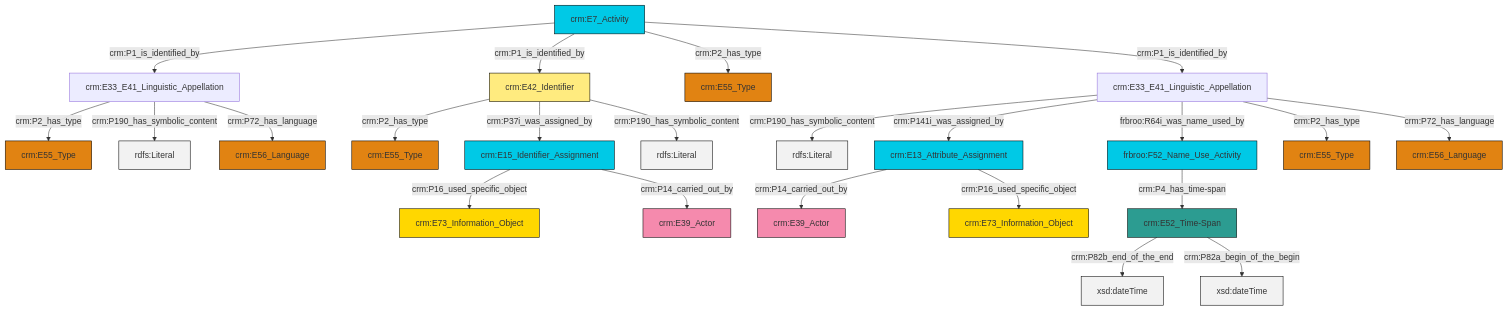
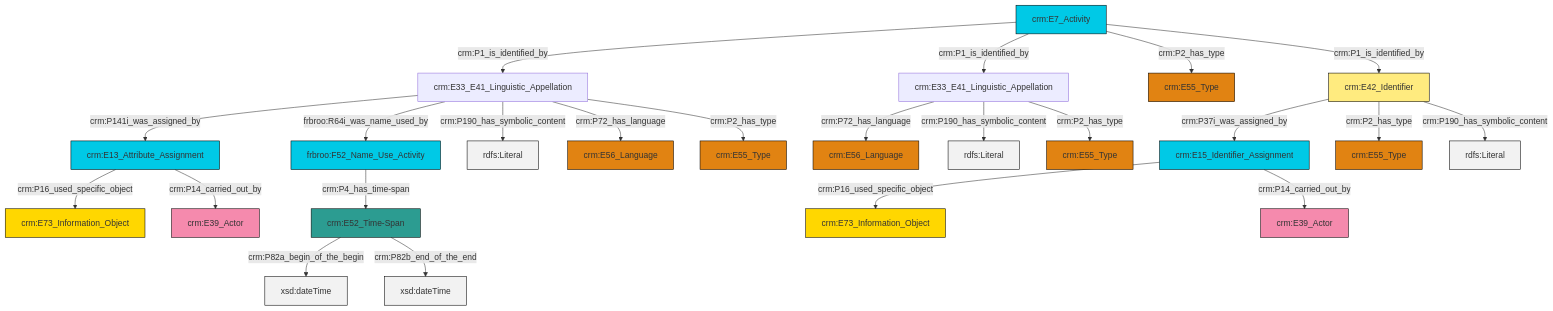
Before and after one commit to swiss-art-research-net/reference-data-models: the diagram in et/eventCSV/ttl/mmd/event_name.ttl.mmd, drawn with Mermaid. The commit also changed 130 other files, not shown here.

```diff
--- a/et/eventCSV/ttl/mmd/event_name.ttl.mmd
+++ b/et/eventCSV/ttl/mmd/event_name.ttl.mmd
@@ -1,37 +1,37 @@
 graph TD
 classDef Literal fill:#f2f2f2,stroke:#000000;
 classDef CRM_Entity fill:#FFFFFF,stroke:#000000;
 classDef Temporal_Entity fill:#00C9E6, stroke:#000000;
 classDef Type fill:#E18312, stroke:#000000;
 classDef Time-Span fill:#2C9C91, stroke:#000000;
 classDef Appellation fill:#FFEB7F, stroke:#000000;
 classDef Place fill:#008836, stroke:#000000;
 classDef Persistent_Item fill:#B266B2, stroke:#000000;
 classDef Conceptual_Object fill:#FFD700, stroke:#000000;
 classDef Physical_Thing fill:#D2B48C, stroke:#000000;
 classDef Actor fill:#f58aad, stroke:#000000;
 classDef PC_Classes fill:#4ce600, stroke:#000000;
 classDef Multi fill:#cccccc,stroke:#000000;
 
-7["crm:E7_Activity"]:::Temporal_Entity -->|crm:P1_is_identified_by| 8["crm:E33_E41_Linguistic_Appellation"]:::Default
-2["crm:E33_E41_Linguistic_Appellation"]:::Default -->|crm:P190_has_symbolic_content| 11[rdfs:Literal]:::Literal
-9["crm:E52_Time-Span"]:::Time-Span -->|crm:P82b_end_of_the_end| 12[xsd:dateTime]:::Literal
-7["crm:E7_Activity"]:::Temporal_Entity -->|crm:P1_is_identified_by| 15["crm:E42_Identifier"]:::Appellation
-15["crm:E42_Identifier"]:::Appellation -->|crm:P2_has_type| 18["crm:E55_Type"]:::Type
-19["crm:E15_Identifier_Assignment"]:::Temporal_Entity -->|crm:P16_used_specific_object| 20["crm:E73_Information_Object"]:::Conceptual_Object
-8["crm:E33_E41_Linguistic_Appellation"]:::Default -->|crm:P2_has_type| 0["crm:E55_Type"]:::Type
-7["crm:E7_Activity"]:::Temporal_Entity -->|crm:P2_has_type| 21["crm:E55_Type"]:::Type
-15["crm:E42_Identifier"]:::Appellation -->|crm:P37i_was_assigned_by| 19["crm:E15_Identifier_Assignment"]:::Temporal_Entity
-8["crm:E33_E41_Linguistic_Appellation"]:::Default -->|crm:P190_has_symbolic_content| 22[rdfs:Literal]:::Literal
-7["crm:E7_Activity"]:::Temporal_Entity -->|crm:P1_is_identified_by| 2["crm:E33_E41_Linguistic_Appellation"]:::Default
-19["crm:E15_Identifier_Assignment"]:::Temporal_Entity -->|crm:P14_carried_out_by| 16["crm:E39_Actor"]:::Actor
-2["crm:E33_E41_Linguistic_Appellation"]:::Default -->|crm:P141i_was_assigned_by| 26["crm:E13_Attribute_Assignment"]:::Temporal_Entity
-2["crm:E33_E41_Linguistic_Appellation"]:::Default -->|frbroo:R64i_was_name_used_by| 27["frbroo:F52_Name_Use_Activity"]:::Temporal_Entity
-2["crm:E33_E41_Linguistic_Appellation"]:::Default -->|crm:P2_has_type| 13["crm:E55_Type"]:::Type
-9["crm:E52_Time-Span"]:::Time-Span -->|crm:P82a_begin_of_the_begin| 30[xsd:dateTime]:::Literal
-27["frbroo:F52_Name_Use_Activity"]:::Temporal_Entity -->|crm:P4_has_time-span| 9["crm:E52_Time-Span"]:::Time-Span
-15["crm:E42_Identifier"]:::Appellation -->|crm:P190_has_symbolic_content| 37[rdfs:Literal]:::Literal
-26["crm:E13_Attribute_Assignment"]:::Temporal_Entity -->|crm:P14_carried_out_by| 34["crm:E39_Actor"]:::Actor
-26["crm:E13_Attribute_Assignment"]:::Temporal_Entity -->|crm:P16_used_specific_object| 23["crm:E73_Information_Object"]:::Conceptual_Object
-2["crm:E33_E41_Linguistic_Appellation"]:::Default -->|crm:P72_has_language| 31["crm:E56_Language"]:::Type
-8["crm:E33_E41_Linguistic_Appellation"]:::Default -->|crm:P72_has_language| 4["crm:E56_Language"]:::Type
+0["crm:E52_Time-Span"]:::Time-Span -->|crm:P82a_begin_of_the_begin| 1[xsd:dateTime]:::Literal
+2["crm:E33_E41_Linguistic_Appellation"]:::Default -->|crm:P141i_was_assigned_by| 3["crm:E13_Attribute_Assignment"]:::Temporal_Entity
+4["crm:E7_Activity"]:::Temporal_Entity -->|crm:P1_is_identified_by| 2["crm:E33_E41_Linguistic_Appellation"]:::Default
+3["crm:E13_Attribute_Assignment"]:::Temporal_Entity -->|crm:P16_used_specific_object| 5["crm:E73_Information_Object"]:::Conceptual_Object
+8["crm:E42_Identifier"]:::Appellation -->|crm:P37i_was_assigned_by| 9["crm:E15_Identifier_Assignment"]:::Temporal_Entity
+9["crm:E15_Identifier_Assignment"]:::Temporal_Entity -->|crm:P16_used_specific_object| 12["crm:E73_Information_Object"]:::Conceptual_Object
+8["crm:E42_Identifier"]:::Appellation -->|crm:P2_has_type| 10["crm:E55_Type"]:::Type
+20["crm:E33_E41_Linguistic_Appellation"]:::Default -->|crm:P72_has_language| 21["crm:E56_Language"]:::Type
+9["crm:E15_Identifier_Assignment"]:::Temporal_Entity -->|crm:P14_carried_out_by| 22["crm:E39_Actor"]:::Actor
+3["crm:E13_Attribute_Assignment"]:::Temporal_Entity -->|crm:P14_carried_out_by| 25["crm:E39_Actor"]:::Actor
+8["crm:E42_Identifier"]:::Appellation -->|crm:P190_has_symbolic_content| 28[rdfs:Literal]:::Literal
+4["crm:E7_Activity"]:::Temporal_Entity -->|crm:P1_is_identified_by| 20["crm:E33_E41_Linguistic_Appellation"]:::Default
+2["crm:E33_E41_Linguistic_Appellation"]:::Default -->|frbroo:R64i_was_name_used_by| 18["frbroo:F52_Name_Use_Activity"]:::Temporal_Entity
+4["crm:E7_Activity"]:::Temporal_Entity -->|crm:P2_has_type| 29["crm:E55_Type"]:::Type
+0["crm:E52_Time-Span"]:::Time-Span -->|crm:P82b_end_of_the_end| 32[xsd:dateTime]:::Literal
+2["crm:E33_E41_Linguistic_Appellation"]:::Default -->|crm:P190_has_symbolic_content| 33[rdfs:Literal]:::Literal
+20["crm:E33_E41_Linguistic_Appellation"]:::Default -->|crm:P190_has_symbolic_content| 34[rdfs:Literal]:::Literal
+18["frbroo:F52_Name_Use_Activity"]:::Temporal_Entity -->|crm:P4_has_time-span| 0["crm:E52_Time-Span"]:::Time-Span
+20["crm:E33_E41_Linguistic_Appellation"]:::Default -->|crm:P2_has_type| 23["crm:E55_Type"]:::Type
+2["crm:E33_E41_Linguistic_Appellation"]:::Default -->|crm:P72_has_language| 26["crm:E56_Language"]:::Type
+2["crm:E33_E41_Linguistic_Appellation"]:::Default -->|crm:P2_has_type| 16["crm:E55_Type"]:::Type
+4["crm:E7_Activity"]:::Temporal_Entity -->|crm:P1_is_identified_by| 8["crm:E42_Identifier"]:::Appellation
```
